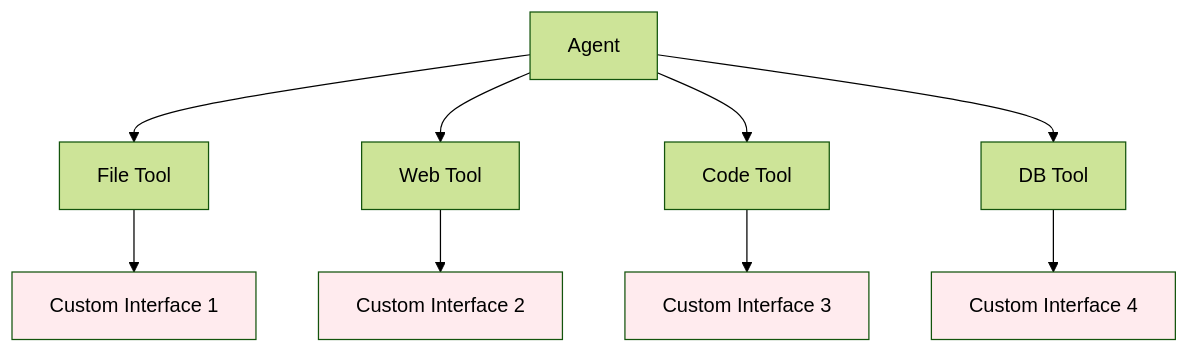
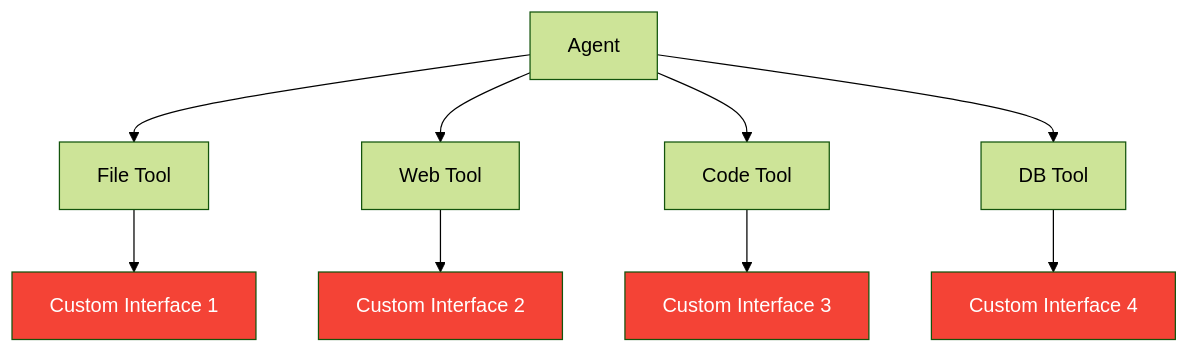
The seventh of 17 diagrams in docs-content/01_frameworks/Session1_ModuleD_Coding_Assistant_Case_Study.md (fwornle/agentic-ai-nano), drawn with Mermaid (forest theme) before and after one commit. The commit also changed other lines of this file, not shown here.

Commit message:
docs: review Option D, styling (mermaid)

````diff
--- a/docs-content/01_frameworks/Session1_ModuleD_Coding_Assistant_Case_Study.md
+++ b/docs-content/01_frameworks/Session1_ModuleD_Coding_Assistant_Case_Study.md
@@ -464,17 +464,17 @@
 ```mermaid
 graph TD
     A[Agent] --> T1[File Tool]
     A --> T2[Web Tool] 
     A --> T3[Code Tool]
     A --> T4[DB Tool]
     
     T1 --> F1[Custom Interface 1]
     T2 --> F2[Custom Interface 2] 
     T3 --> F3[Custom Interface 3]
     T4 --> F4[Custom Interface 4]
     
-    style F1 fill:#ffebee
-    style F2 fill:#ffebee
-    style F3 fill:#ffebee
-    style F4 fill:#ffebee
+    style F1 fill:#F44336,color:#ffffff
+    style F2 fill:#F44336,color:#ffffff
+    style F3 fill:#F44336,color:#ffffff
+    style F4 fill:#F44336,color:#ffffff
 ```
````
